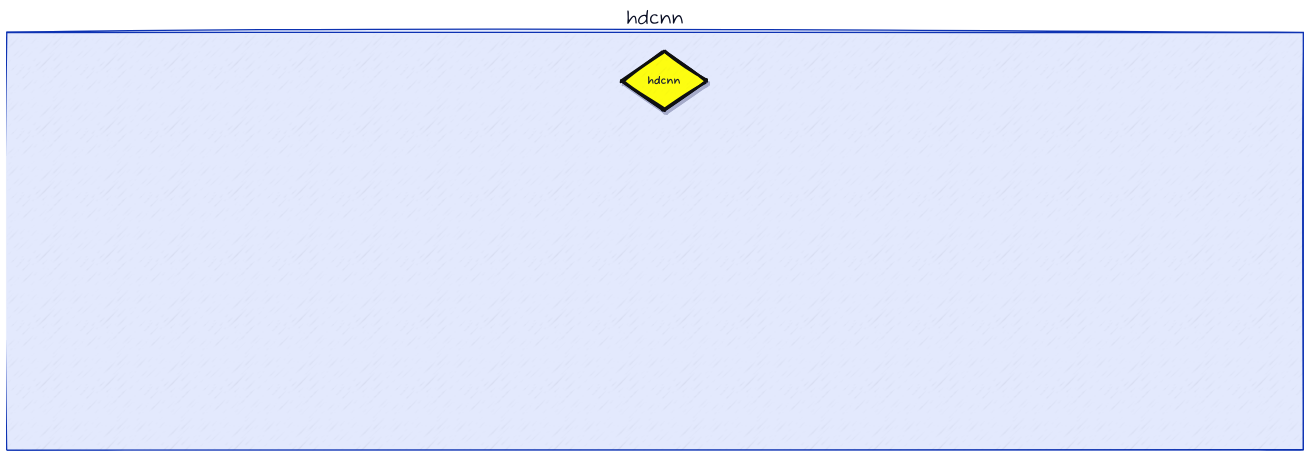
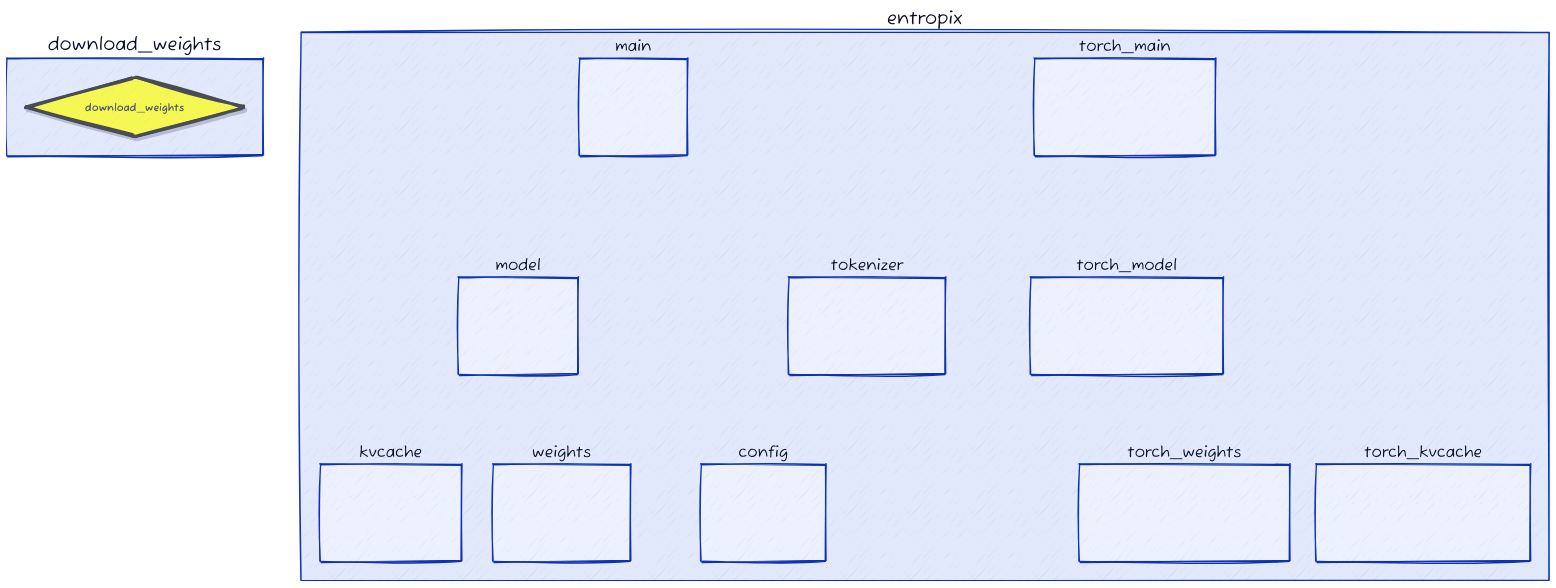
Before and after one commit to fangyuan-ksgk/heuristic-search: the diagram in eoh/d2_output/evolve_graph_3.d2, drawn with D2. The commit also changed 16 other files, not shown here.

```diff
--- a/eoh/d2_output/evolve_graph_3.d2
+++ b/eoh/d2_output/evolve_graph_3.d2
@@ -35,9 +35,19 @@
     }
   }
 }
-hdcnn.build_vocab.class: function
-hdcnn.build_vocab.label: "build_vocab"
-hdcnn.build_vocab: {
+download_weights.download_weights.class: file
+download_weights.download_weights.label: "download_weights"
+download_weights.download_weights: {
+  style: {
+    opacity: 0.67
+    stroke: "black"
+    stroke-width: 4
+    shadow: true
+  }
+}
+entropix.config.config.class: file
+entropix.config.config.label: "config"
+entropix.config.config: {
   style: {
     opacity: 0.00
     stroke: "black"
@@ -45,9 +55,9 @@
     shadow: true
   }
 }
-hdcnn.random_hv.class: function
-hdcnn.random_hv.label: "random_hv"
-hdcnn.random_hv: {
+entropix.kvcache.kvcache.class: file
+entropix.kvcache.kvcache.label: "kvcache"
+entropix.kvcache.kvcache: {
   style: {
     opacity: 0.00
     stroke: "black"
@@ -55,9 +65,9 @@
     shadow: true
   }
 }
-hdcnn.create_token_hvs.class: function
-hdcnn.create_token_hvs.label: "create_token_hvs"
-hdcnn.create_token_hvs: {
+entropix.main.main.class: file
+entropix.main.main.label: "main"
+entropix.main.main: {
   style: {
     opacity: 0.00
     stroke: "black"
@@ -65,9 +75,9 @@
     shadow: true
   }
 }
-hdcnn.bind.class: function
-hdcnn.bind.label: "bind"
-hdcnn.bind: {
+entropix.model.model.class: file
+entropix.model.model.label: "model"
+entropix.model.model: {
   style: {
     opacity: 0.00
     stroke: "black"
@@ -75,9 +85,9 @@
     shadow: true
   }
 }
-hdcnn.permute.class: function
-hdcnn.permute.label: "permute"
-hdcnn.permute: {
+entropix.tokenizer.tokenizer.class: file
+entropix.tokenizer.tokenizer.label: "tokenizer"
+entropix.tokenizer.tokenizer: {
   style: {
     opacity: 0.00
     stroke: "black"
@@ -85,19 +95,9 @@
     shadow: true
   }
 }
-hdcnn.hdcnn.class: file
-hdcnn.hdcnn.label: "hdcnn"
-hdcnn.hdcnn: {
-  style: {
-    opacity: 0.93
-    stroke: "black"
-    stroke-width: 4
-    shadow: true
-  }
-}
-hdcnn.HDCNNClassifier.class: class
-hdcnn.HDCNNClassifier.label: "HDCNNClassifier"
-hdcnn.HDCNNClassifier: {
+entropix.torch_kvcache.torch_kvcache.class: file
+entropix.torch_kvcache.torch_kvcache.label: "torch_kvcache"
+entropix.torch_kvcache.torch_kvcache: {
   style: {
     opacity: 0.00
     stroke: "black"
@@ -105,9 +105,9 @@
     shadow: true
   }
 }
-hdcnn.__len__.class: function
-hdcnn.__len__.label: "__len__"
-hdcnn.__len__: {
+entropix.torch_main.torch_main.class: file
+entropix.torch_main.torch_main.label: "torch_main"
+entropix.torch_main.torch_main: {
   style: {
     opacity: 0.00
     stroke: "black"
@@ -115,9 +115,9 @@
     shadow: true
   }
 }
-hdcnn.encode_sequence.class: function
-hdcnn.encode_sequence.label: "encode_sequence"
-hdcnn.encode_sequence: {
+entropix.torch_model.torch_model.class: file
+entropix.torch_model.torch_model.label: "torch_model"
+entropix.torch_model.torch_model: {
   style: {
     opacity: 0.00
     stroke: "black"
@@ -125,9 +125,9 @@
     shadow: true
   }
 }
-hdcnn.HDComputing.class: class
-hdcnn.HDComputing.label: "HDComputing"
-hdcnn.HDComputing: {
+entropix.torch_weights.torch_weights.class: file
+entropix.torch_weights.torch_weights.label: "torch_weights"
+entropix.torch_weights.torch_weights: {
   style: {
     opacity: 0.00
     stroke: "black"
@@ -135,9 +135,9 @@
     shadow: true
   }
 }
-hdcnn.AGNewsDataset.class: class
-hdcnn.AGNewsDataset.label: "AGNewsDataset"
-hdcnn.AGNewsDataset: {
+entropix.weights.weights.class: file
+entropix.weights.weights.label: "weights"
+entropix.weights.weights: {
   style: {
     opacity: 0.00
     stroke: "black"
@@ -145,196 +145,115 @@
     shadow: true
   }
 }
-hdcnn.__getitem__.class: function
-hdcnn.__getitem__.label: "__getitem__"
-hdcnn.__getitem__: {
-  style: {
-    opacity: 0.00
-    stroke: "black"
-    stroke-width: 4
-    shadow: true
-  }
-}
-hdcnn.forward.class: function
-hdcnn.forward.label: "forward"
-hdcnn.forward: {
-  style: {
-    opacity: 0.00
-    stroke: "black"
-    stroke-width: 4
-    shadow: true
-  }
-}
-hdcnn.main.class: function
-hdcnn.main.label: "main"
-hdcnn.main: {
-  style: {
-    opacity: 0.00
-    stroke: "black"
-    stroke-width: 4
-    shadow: true
-  }
-}
-hdcnn.superpose.class: function
-hdcnn.superpose.label: "superpose"
-hdcnn.superpose: {
-  style: {
-    opacity: 0.00
-    stroke: "black"
-    stroke-width: 4
-    shadow: true
-  }
-}
-hdcnn.hdcnn -> hdcnn.build_vocab: {
+entropix.main.main -> entropix.model.model: {
   style.stroke: red
   style.opacity: 0.00
   style.stroke-width: 2
   style.stroke-dash: 5
   style.animated: true
 }
-hdcnn.hdcnn -> hdcnn.random_hv: {
+entropix.main.main -> entropix.config.config: {
   style.stroke: red
   style.opacity: 0.00
   style.stroke-width: 2
   style.stroke-dash: 5
   style.animated: true
 }
-hdcnn.hdcnn -> hdcnn.create_token_hvs: {
+entropix.main.main -> entropix.tokenizer.tokenizer: {
   style.stroke: red
   style.opacity: 0.00
   style.stroke-width: 2
   style.stroke-dash: 5
   style.animated: true
 }
-hdcnn.hdcnn -> hdcnn.bind: {
+entropix.main.main -> entropix.weights.weights: {
   style.stroke: red
   style.opacity: 0.00
   style.stroke-width: 2
   style.stroke-dash: 5
   style.animated: true
 }
-hdcnn.hdcnn -> hdcnn.permute: {
+entropix.main.main -> entropix.kvcache.kvcache: {
   style.stroke: red
   style.opacity: 0.00
   style.stroke-width: 2
   style.stroke-dash: 5
   style.animated: true
 }
-hdcnn.hdcnn -> hdcnn.HDCNNClassifier: {
+entropix.model.model -> entropix.config.config: {
   style.stroke: red
   style.opacity: 0.00
   style.stroke-width: 2
   style.stroke-dash: 5
   style.animated: true
 }
-hdcnn.hdcnn -> hdcnn.__len__: {
+entropix.model.model -> entropix.kvcache.kvcache: {
   style.stroke: red
   style.opacity: 0.00
   style.stroke-width: 2
   style.stroke-dash: 5
   style.animated: true
 }
-hdcnn.hdcnn -> hdcnn.encode_sequence: {
+entropix.model.model -> entropix.weights.weights: {
   style.stroke: red
   style.opacity: 0.00
   style.stroke-width: 2
   style.stroke-dash: 5
   style.animated: true
 }
-hdcnn.hdcnn -> hdcnn.HDComputing: {
+entropix.torch_main.torch_main -> entropix.config.config: {
   style.stroke: red
   style.opacity: 0.00
   style.stroke-width: 2
   style.stroke-dash: 5
   style.animated: true
 }
-hdcnn.hdcnn -> hdcnn.AGNewsDataset: {
+entropix.torch_main.torch_main -> entropix.torch_model.torch_model: {
   style.stroke: red
   style.opacity: 0.00
   style.stroke-width: 2
   style.stroke-dash: 5
   style.animated: true
 }
-hdcnn.hdcnn -> hdcnn.__getitem__: {
+entropix.torch_main.torch_main -> entropix.torch_weights.torch_weights: {
   style.stroke: red
   style.opacity: 0.00
   style.stroke-width: 2
   style.stroke-dash: 5
   style.animated: true
 }
-hdcnn.hdcnn -> hdcnn.forward: {
+entropix.torch_main.torch_main -> entropix.torch_kvcache.torch_kvcache: {
   style.stroke: red
   style.opacity: 0.00
   style.stroke-width: 2
   style.stroke-dash: 5
   style.animated: true
 }
-hdcnn.hdcnn -> hdcnn.main: {
+entropix.torch_main.torch_main -> entropix.tokenizer.tokenizer: {
   style.stroke: red
   style.opacity: 0.00
   style.stroke-width: 2
   style.stroke-dash: 5
   style.animated: true
 }
-hdcnn.hdcnn -> hdcnn.superpose: {
+entropix.torch_model.torch_model -> entropix.config.config: {
   style.stroke: red
   style.opacity: 0.00
   style.stroke-width: 2
   style.stroke-dash: 5
   style.animated: true
 }
-hdcnn.HDCNNClassifier -> hdcnn.forward: {
-  style.stroke: black
+entropix.torch_model.torch_model -> entropix.torch_weights.torch_weights: {
+  style.stroke: red
   style.opacity: 0.00
   style.stroke-width: 2
+  style.stroke-dash: 5
+  style.animated: true
 }
-hdcnn.HDComputing -> hdcnn.random_hv: {
-  style.stroke: black
+entropix.torch_model.torch_model -> entropix.torch_kvcache.torch_kvcache: {
+  style.stroke: red
   style.opacity: 0.00
   style.stroke-width: 2
+  style.stroke-dash: 5
+  style.animated: true
 }
-hdcnn.HDComputing -> hdcnn.bind: {
-  style.stroke: black
-  style.opacity: 0.00
-  style.stroke-width: 2
-}
-hdcnn.HDComputing -> hdcnn.superpose: {
-  style.stroke: black
-  style.opacity: 0.00
-  style.stroke-width: 2
-}
-hdcnn.HDComputing -> hdcnn.permute: {
-  style.stroke: black
-  style.opacity: 0.00
-  style.stroke-width: 2
-}
-hdcnn.AGNewsDataset -> hdcnn.__len__: {
-  style.stroke: black
-  style.opacity: 0.00
-  style.stroke-width: 2
-}
-hdcnn.AGNewsDataset -> hdcnn.encode_sequence: {
-  style.stroke: black
-  style.opacity: 0.00
-  style.stroke-width: 2
-}
-hdcnn.AGNewsDataset -> hdcnn.__getitem__: {
-  style.stroke: black
-  style.opacity: 0.00
-  style.stroke-width: 2
-}
-hdcnn.__getitem__ -> hdcnn.encode_sequence: {
-  style.stroke: black
-  style.opacity: 0.00
-  style.stroke-width: 2
-}
-hdcnn.main -> hdcnn.build_vocab: {
-  style.stroke: black
-  style.opacity: 0.00
-  style.stroke-width: 2
-}
-hdcnn.main -> hdcnn.create_token_hvs: {
-  style.stroke: black
-  style.opacity: 0.00
-  style.stroke-width: 2
-}
```
